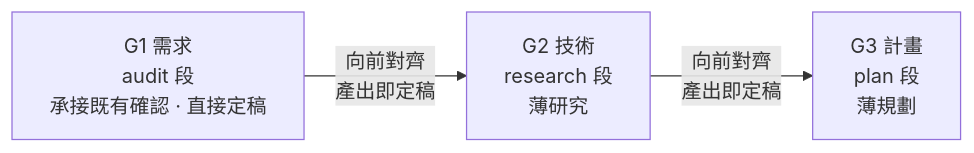
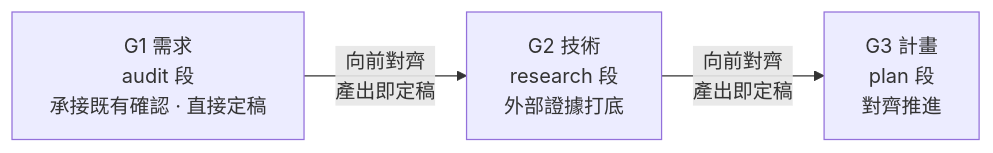
One commit to teps3105/shiftblame changed the sixth of 8 diagrams in skills/shiftblame/SKILL.md. Above: the diagram before and after it, drawn with Mermaid. The commit also changed other lines of this file and 18 other files, not shown here.

````diff
--- a/skills/shiftblame/SKILL.md
+++ b/skills/shiftblame/SKILL.md
@@ -269,5 +269,5 @@
 ```mermaid
 flowchart LR
-    G1["G1 需求<br/>audit 段<br/>承接既有確認 · 直接定稿"] -->|"向前對齊<br/>產出即定稿"| G2["G2 技術<br/>research 段<br/>薄研究"]
-    G2 -->|"向前對齊<br/>產出即定稿"| G3["G3 計畫<br/>plan 段<br/>薄規劃"]
+    G1["G1 需求<br/>audit 段<br/>承接既有確認 · 直接定稿"] -->|"向前對齊<br/>產出即定稿"| G2["G2 技術<br/>research 段<br/>外部證據打底"]
+    G2 -->|"向前對齊<br/>產出即定稿"| G3["G3 計畫<br/>plan 段<br/>對齊推進"]
 ```
````
